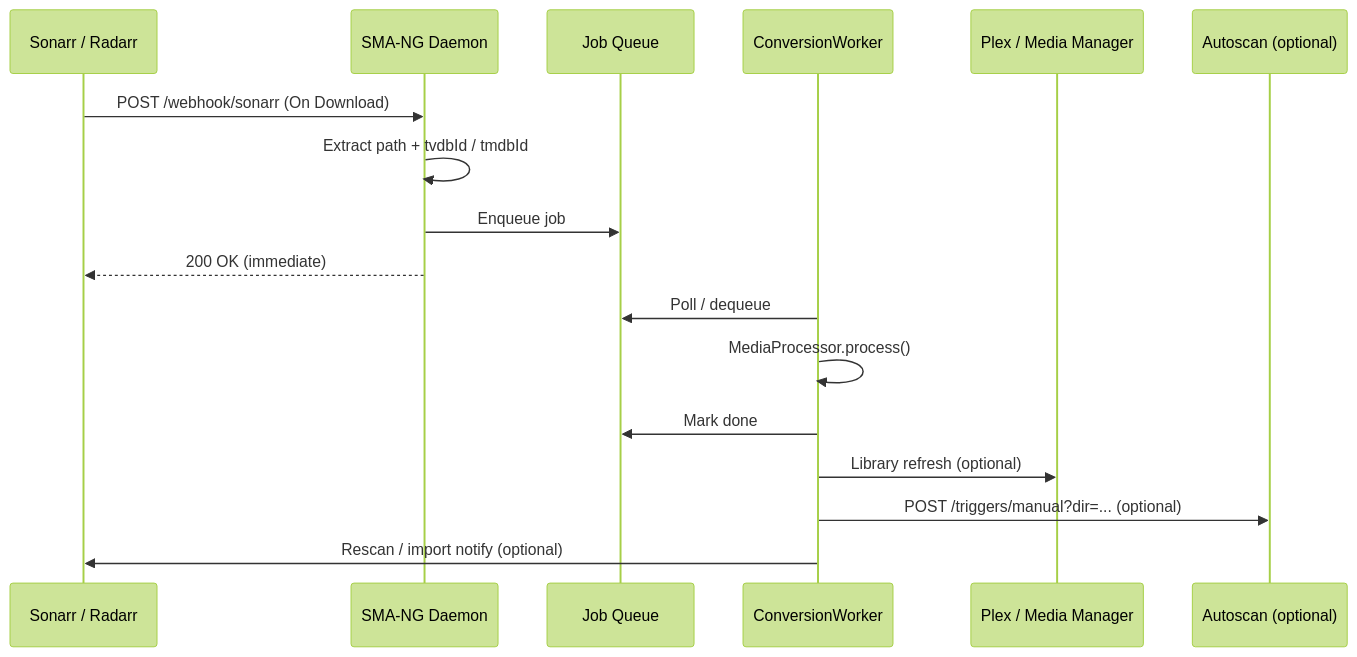
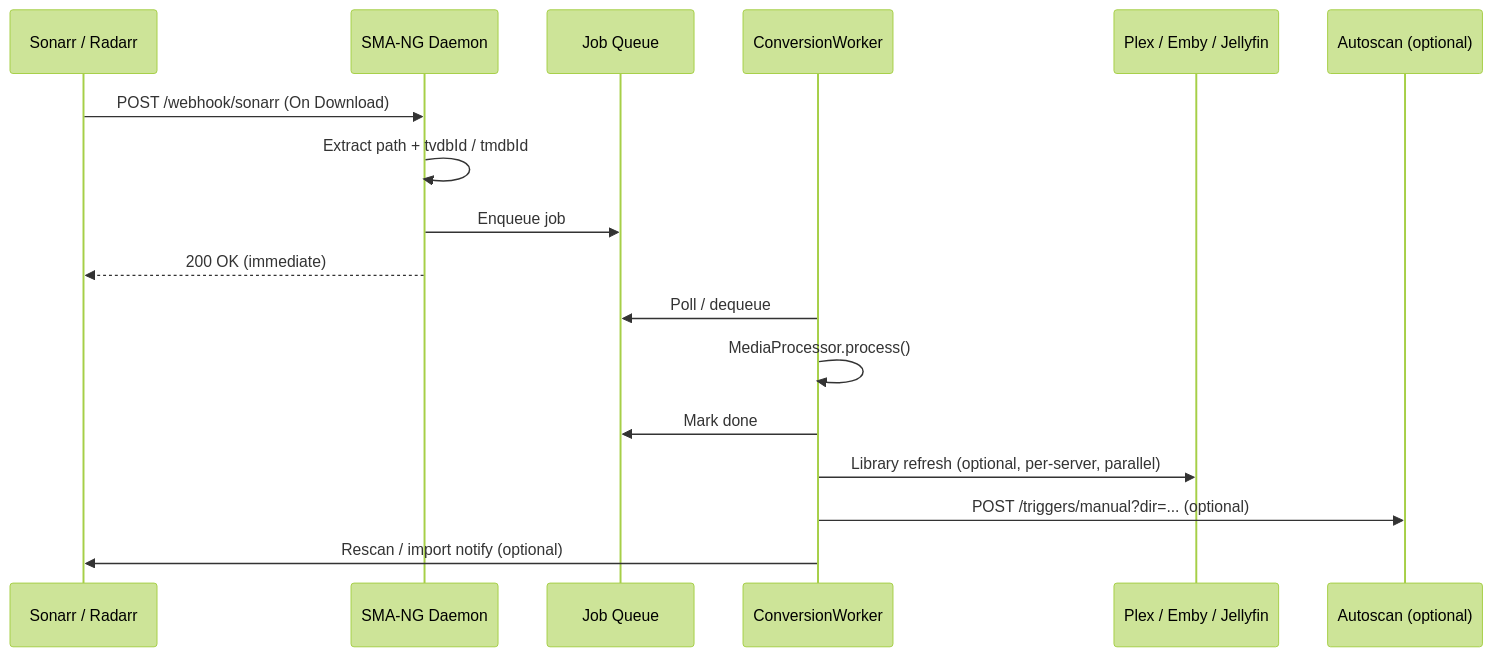
Before and after one commit to newdave/sma-ng: the diagram in docs/integrations.md, drawn with Mermaid (forest theme). The commit also changed other lines of this file and 10 other files, not shown here.

````diff
--- a/docs/integrations.md
+++ b/docs/integrations.md
@@ -183,20 +253,20 @@
 ```mermaid
 sequenceDiagram
     participant MM as Sonarr / Radarr
     participant D as SMA-NG Daemon
     participant Q as Job Queue
     participant W as ConversionWorker
-    participant P as Plex / Media Manager
+    participant P as Plex / Emby / Jellyfin
     participant A as Autoscan (optional)
 
     MM->>D: POST /webhook/sonarr (On Download)
     D->>D: Extract path + tvdbId / tmdbId
     D->>Q: Enqueue job
     D-->>MM: 200 OK (immediate)
     W->>Q: Poll / dequeue
     W->>W: MediaProcessor.process()
     W->>Q: Mark done
-    W->>P: Library refresh (optional)
+    W->>P: Library refresh (optional, per-server, parallel)
     W->>A: POST /triggers/manual?dir=... (optional)
     W->>MM: Rescan / import notify (optional)
 ```
````
